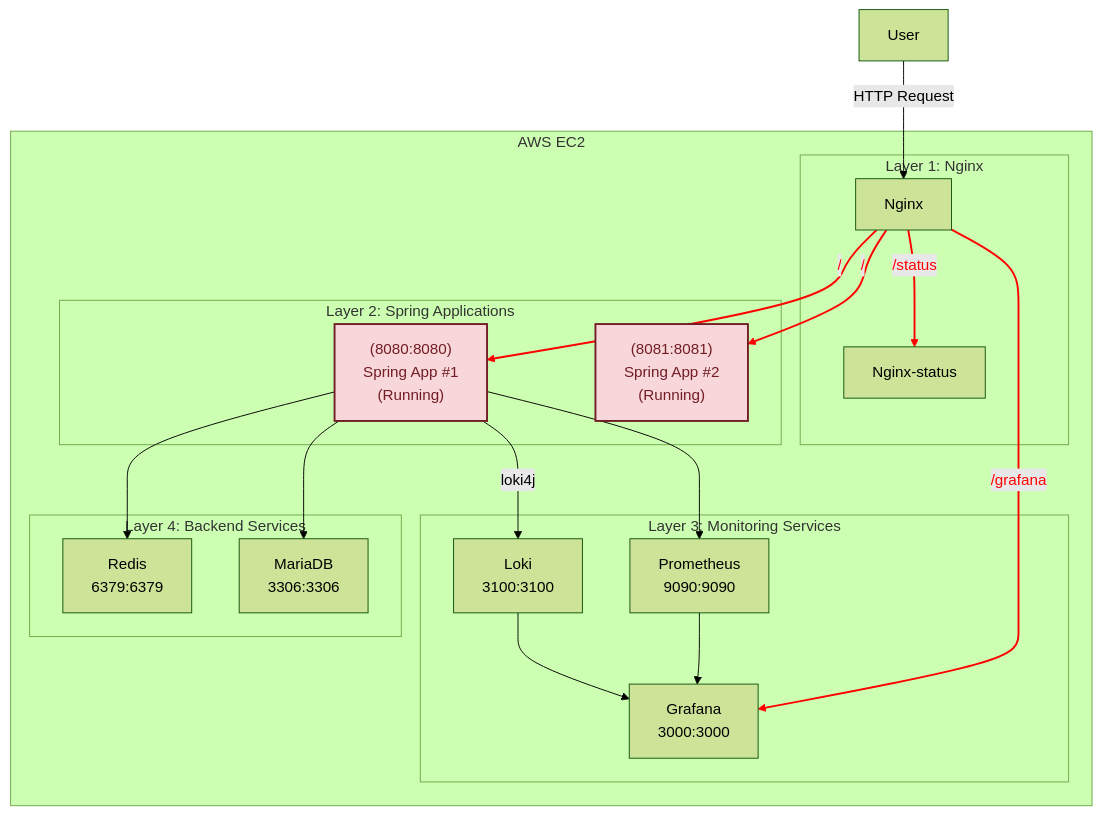
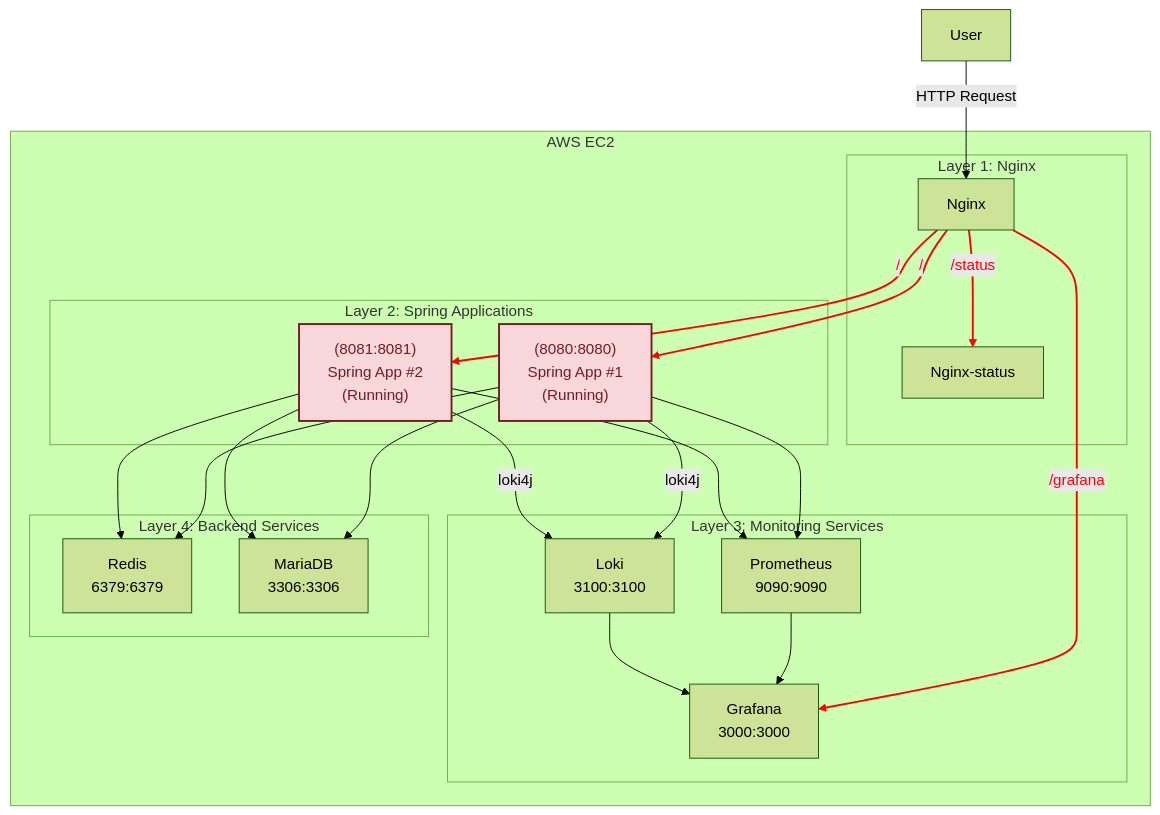
Before and after one commit to tape4/spring-cicd-template: the third of 5 diagrams in README.md, drawn with Mermaid (forest theme).

````diff
--- a/README.md
+++ b/README.md
@@ -128,60 +128,65 @@
 ```mermaid
 flowchart TD
 		%% 노드에 적용할 클래스 정의
     classDef redText fill:#f8d7da,stroke:#721c24,stroke-width:2px,color:#721c24;
     classDef blueText fill:#cce5ff,stroke:#004085,stroke-width:2px,color:#004085;
     
     %% 외부 사용자 노드
     U[User]
 
     %% AWS EC2 내 시스템 전체를 묶는 서브그래프
     subgraph "AWS EC2"
         %% Layer 1: Nginx
         subgraph "Layer 1: Nginx"
           N[Nginx]
           NS[Nginx-status]
         end
 
         %% Layer 2: Spring Applications
         subgraph "Layer 2: Spring Applications"
           S1["(8080:8080)<br/>Spring App #1<br/>(Running)"]
           S2["(8081:8081)<br/>Spring App #2<br/>(Running)"]
 	        class S1 redText
 	        class S2 redText
         end
 
         %% Layer 3: Monitoring Services
         subgraph "Layer 3: Monitoring Services"
           P[Prometheus<br/>9090:9090]
           G[Grafana<br/>3000:3000]
           L[Loki<br/>3100:3100]
         end
 
         %% Layer 4: Backend Services
         subgraph "Layer 4: Backend Services"
           R[Redis<br/>6379:6379]
           D[MariaDB<br/>3306:3306]
         end
 
         %% 내부 연결
         N -- "/" --> S1
         N -- "/" --> S2
         N -- "/status" --> NS
         N -- "/grafana" --> G
 
         S1 --> P
         S1 -- "loki4j" --> L
         S1 --> R
         S1 --> D
 
+        S2 --> P
+        S2 -- "loki4j" --> L
+        S2 --> R
+        S2 --> D
+
         P --> G
         L --> G
     end
 
     U -->|HTTP Request| N
     
     linkStyle 0 stroke:#ff0000, stroke-width:2px, color:#ff0000
     linkStyle 1 stroke:#ff0000, stroke-width:2px, color:#ff0000
     linkStyle 2 stroke:#ff0000, stroke-width:2px, color:#ff0000
     linkStyle 3 stroke:#ff0000, stroke-width:2px, color:#ff0000
 ```
````
